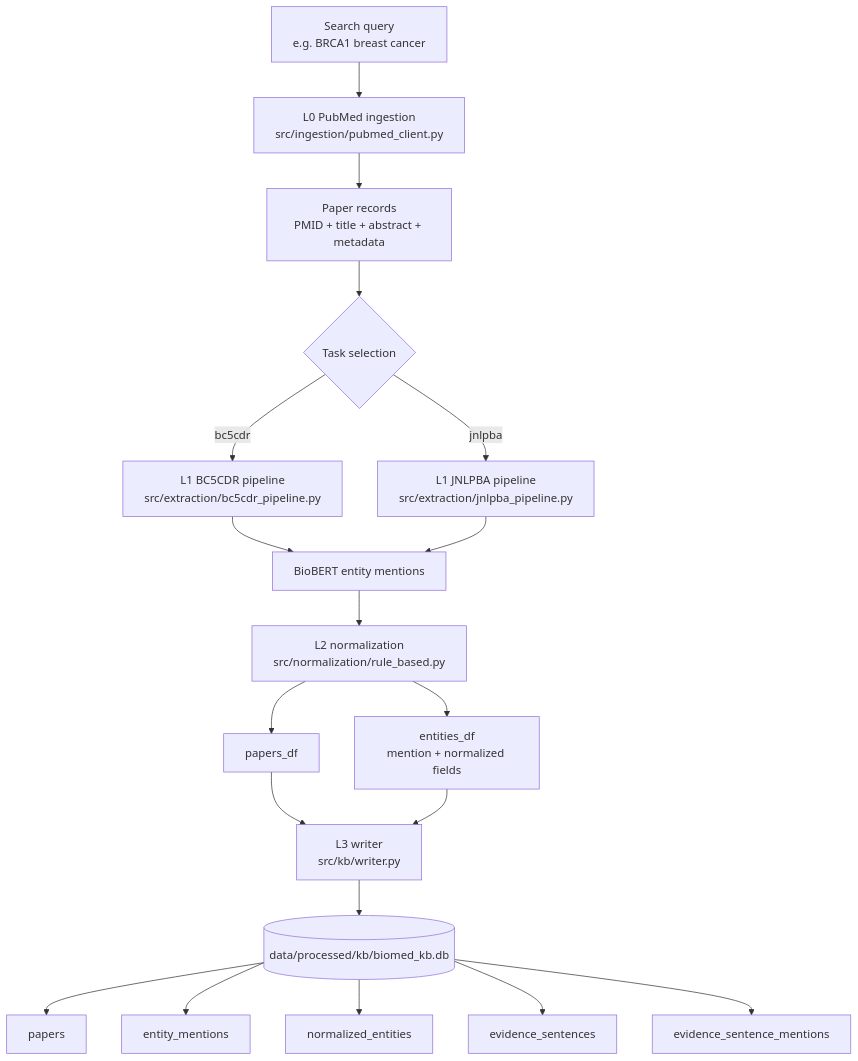
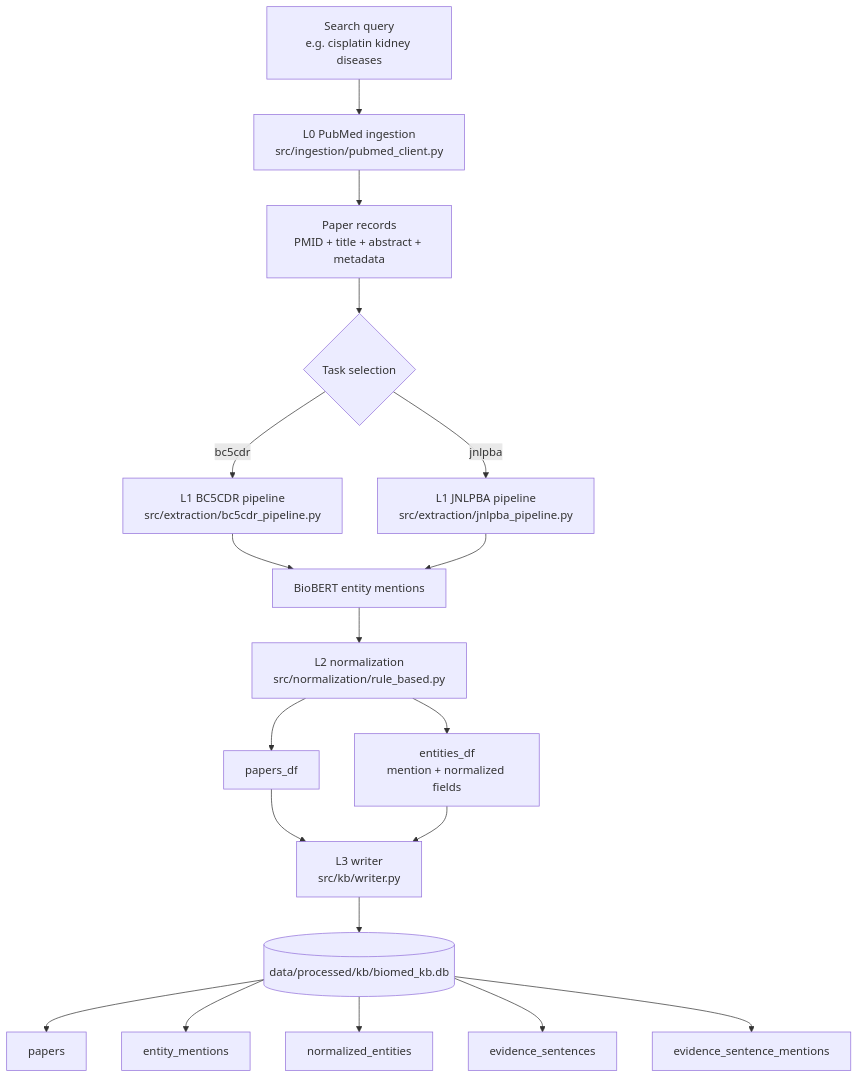
The second of 5 diagrams in doc/end_to_end_data_flow.md (Yi104/biomedical_literature_intelligence_engine), drawn with Mermaid before and after one commit. The commit also changed other lines of this file and 32 other files, not shown here.

````diff
--- a/doc/end_to_end_data_flow.md
+++ b/doc/end_to_end_data_flow.md
@@ -81,21 +89,21 @@
 ```mermaid
 flowchart TD
-    A["Search query<br/>e.g. BRCA1 breast cancer"] --> B["L0 PubMed ingestion<br/>src/ingestion/pubmed_client.py"]
+    A["Search query<br/>e.g. cisplatin kidney diseases"] --> B["L0 PubMed ingestion<br/>src/ingestion/pubmed_client.py"]
     B --> C["Paper records<br/>PMID + title + abstract + metadata"]
     C --> D{"Task selection"}
     D -->|bc5cdr| E["L1 BC5CDR pipeline<br/>src/extraction/bc5cdr_pipeline.py"]
     D -->|jnlpba| F["L1 JNLPBA pipeline<br/>src/extraction/jnlpba_pipeline.py"]
     E --> G["BioBERT entity mentions"]
     F --> G
     G --> H["L2 normalization<br/>src/normalization/rule_based.py"]
     H --> I["papers_df"]
     H --> J["entities_df<br/>mention + normalized fields"]
     I --> K["L3 writer<br/>src/kb/writer.py"]
     J --> K
     K --> L[("data/processed/kb/biomed_kb.db")]
     L --> M["papers"]
     L --> N["entity_mentions"]
     L --> O["normalized_entities"]
     L --> P["evidence_sentences"]
     L --> Q["evidence_sentence_mentions"]
 ```
````
